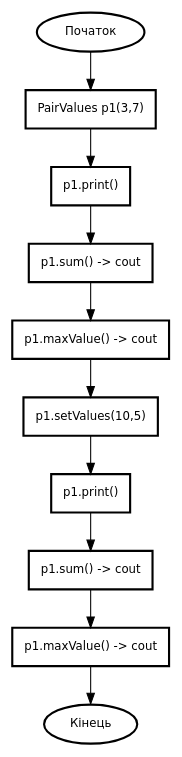
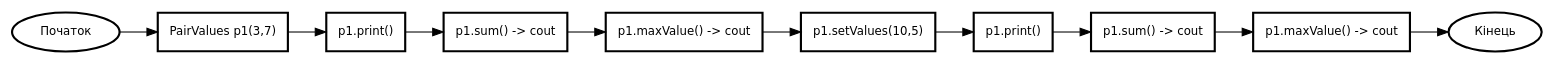
The diagram in III_course/2025-10-13-topic-8/graphviz/pairValues.dot (yourhostel/cpp_course), drawn with Graphviz before and after one commit. The commit also changed 2 other files, not shown here.

```diff
--- a/III_course/2025-10-13-topic-8/graphviz/pairValues.dot
+++ b/III_course/2025-10-13-topic-8/graphviz/pairValues.dot
@@ -1,19 +1,19 @@
 // pairValues.dot
 digraph pairValues {
-    rankdir=TB;
+    rankdir=LR;
     node [shape=box, style="solid,bold", fontname="DejaVu Sans", fontsize=11, margin="0.15,0.1"];
 
     // pairValues()
     pv_start [shape=oval, label="Початок"];
     pv_ctor  [label="PairValues p1(3,7)"];
     pv_print1 [label="p1.print()"];
     pv_sum1   [label="p1.sum() -> cout"];
     pv_max1   [label="p1.maxValue() -> cout"];
     pv_set    [label="p1.setValues(10,5)"];
     pv_print2 [label="p1.print()"];
     pv_sum2   [label="p1.sum() -> cout"];
     pv_max2   [label="p1.maxValue() -> cout"];
     pv_end    [shape=oval, label="Кінець"];
 
     pv_start -> pv_ctor -> pv_print1 -> pv_sum1 -> pv_max1 -> pv_set -> pv_print2 -> pv_sum2 -> pv_max2 -> pv_end;
 }
```
